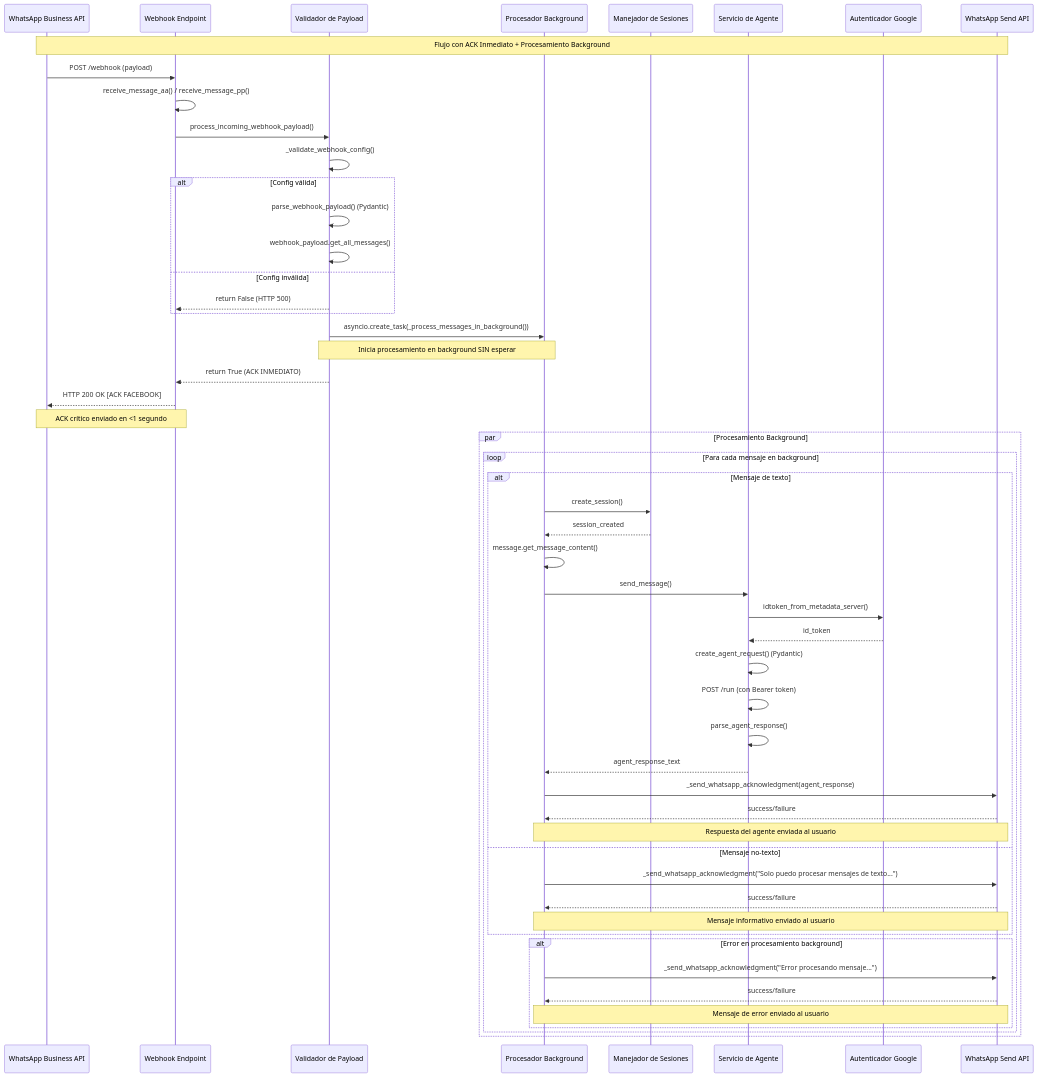
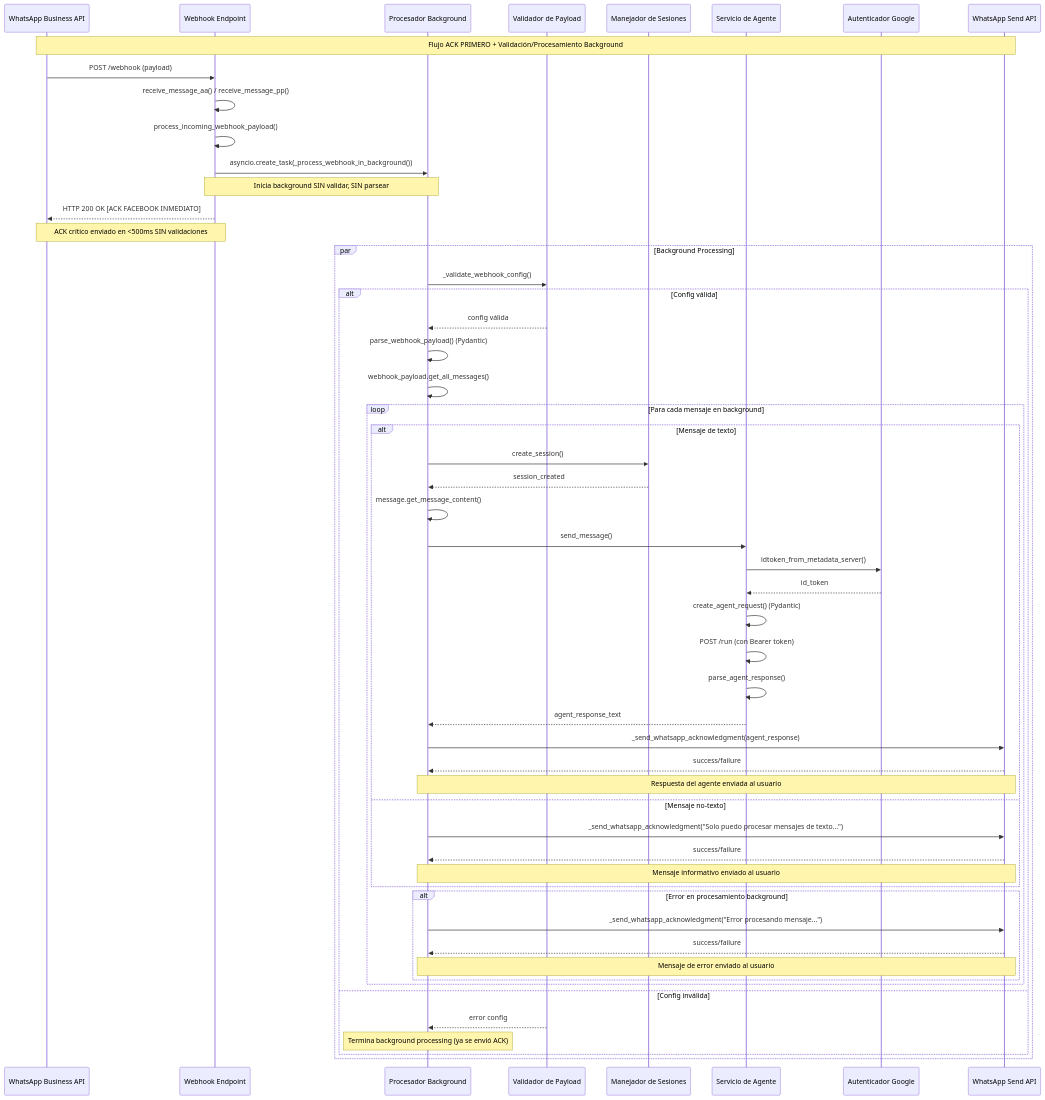
The first of 2 diagrams in webhook-application/SEQUENCE_DIAGRAM.md (RodrigoVasquez/agro_extension_digital_project), drawn with Mermaid before and after one commit. The commit also changed other lines of this file and 1 other file, not shown here.

Commit message:
Ack before to propcess

````diff
--- a/webhook-application/SEQUENCE_DIAGRAM.md
+++ b/webhook-application/SEQUENCE_DIAGRAM.md
@@ -5,75 +5,75 @@
 ```mermaid
 sequenceDiagram
     participant WA as WhatsApp Business API
     participant WH as Webhook Endpoint
+    participant BG as Procesador Background
     participant VP as Validador de Payload
-    participant BG as Procesador Background
     participant SM as Manejador de Sesiones
     participant AG as Servicio de Agente
     participant AU as Autenticador Google
     participant WS as WhatsApp Send API
 
-    Note over WA, WS: Flujo con ACK Inmediato + Procesamiento Background
+    Note over WA, WS: Flujo ACK PRIMERO + Validación/Procesamiento Background
 
     %% 1. Recepción del webhook
     WA->>WH: POST /webhook (payload)
     WH->>WH: receive_message_aa() / receive_message_pp()
-    WH->>VP: process_incoming_webhook_payload()
+    WH->>WH: process_incoming_webhook_payload()
 
-    %% 2. Validación inicial
-    VP->>VP: _validate_webhook_config()
-    alt Config válida
-        VP->>VP: parse_webhook_payload() (Pydantic)
-        VP->>VP: webhook_payload.get_all_messages()
-    else Config inválida
-        VP-->>WH: return False (HTTP 500)
-    end
+    %% 2. ACK INMEDIATO PRIMERO (sin validar nada)
+    WH->>BG: asyncio.create_task(_process_webhook_in_background())
+    Note over WH, BG: Inicia background SIN validar, SIN parsear
+    WH-->>WA: HTTP 200 OK [ACK FACEBOOK INMEDIATO]
+    Note over WH, WA: ACK crítico enviado en <500ms SIN validaciones
 
-    %% 3. ACK inmediato a Facebook
-    VP->>BG: asyncio.create_task(_process_messages_in_background())
-    Note over VP, BG: Inicia procesamiento en background SIN esperar
-    VP-->>WH: return True (ACK INMEDIATO)
-    WH-->>WA: HTTP 200 OK [ACK FACEBOOK]
-    Note over WH, WA: ACK crítico enviado en <1 segundo
-
-    %% 4. Procesamiento en background (paralelo)
-    par Procesamiento Background
-        loop Para cada mensaje en background
-            alt Mensaje de texto
-                BG->>SM: create_session()
-                SM-->>BG: session_created
+    %% 3. Validación y procesamiento en background (paralelo)
+    par Background Processing
+        BG->>VP: _validate_webhook_config()
+        alt Config válida
+            VP-->>BG: config válida
+            BG->>BG: parse_webhook_payload() (Pydantic)
+            BG->>BG: webhook_payload.get_all_messages()
+            
+            loop Para cada mensaje en background
+                alt Mensaje de texto
+                    BG->>SM: create_session()
+                    SM-->>BG: session_created
+                    
+                    BG->>BG: message.get_message_content()
+                    BG->>AG: send_message()
+                    
+                    %% Autenticación con el agente
+                    AG->>AU: idtoken_from_metadata_server()
+                    AU-->>AG: id_token
+                    
+                    %% Comunicación con agente
+                    AG->>AG: create_agent_request() (Pydantic)
+                    AG->>AG: POST /run (con Bearer token)
+                    AG->>AG: parse_agent_response()
+                    AG-->>BG: agent_response_text
+                    
+                    %% Envío de respuesta al usuario
+                    BG->>WS: _send_whatsapp_acknowledgment(agent_response)
+                    WS-->>BG: success/failure
+                    Note over BG, WS: Respuesta del agente enviada al usuario
+                    
+                else Mensaje no-texto
+                    %% Mensaje informativo directo
+                    BG->>WS: _send_whatsapp_acknowledgment("Solo puedo procesar mensajes de texto...")
+                    WS-->>BG: success/failure
+                    Note over BG, WS: Mensaje informativo enviado al usuario
+                end
                 
-                BG->>BG: message.get_message_content()
-                BG->>AG: send_message()
-                
-                %% Autenticación con el agente
-                AG->>AU: idtoken_from_metadata_server()
-                AU-->>AG: id_token
-                
-                %% Comunicación con agente
-                AG->>AG: create_agent_request() (Pydantic)
-                AG->>AG: POST /run (con Bearer token)
-                AG->>AG: parse_agent_response()
-                AG-->>BG: agent_response_text
-                
-                %% Envío de respuesta al usuario
-                BG->>WS: _send_whatsapp_acknowledgment(agent_response)
-                WS-->>BG: success/failure
-                Note over BG, WS: Respuesta del agente enviada al usuario
-                
-            else Mensaje no-texto
-                %% Mensaje informativo directo
-                BG->>WS: _send_whatsapp_acknowledgment("Solo puedo procesar mensajes de texto...")
-                WS-->>BG: success/failure
-                Note over BG, WS: Mensaje informativo enviado al usuario
+                %% Manejo de errores en background
+                alt Error en procesamiento background
+                    BG->>WS: _send_whatsapp_acknowledgment("Error procesando mensaje...")
+                    WS-->>BG: success/failure
+                    Note over BG, WS: Mensaje de error enviado al usuario
+                end
             end
-            
-            %% Manejo de errores en background
-            alt Error en procesamiento background
-                BG->>WS: _send_whatsapp_acknowledgment("Error procesando mensaje...")
-                WS-->>BG: success/failure
-                Note over BG, WS: Mensaje de error enviado al usuario
-            end
+        else Config inválida
+            VP-->>BG: error config
+            Note over BG: Termina background processing (ya se envió ACK)
         end
     end
 ```
````
